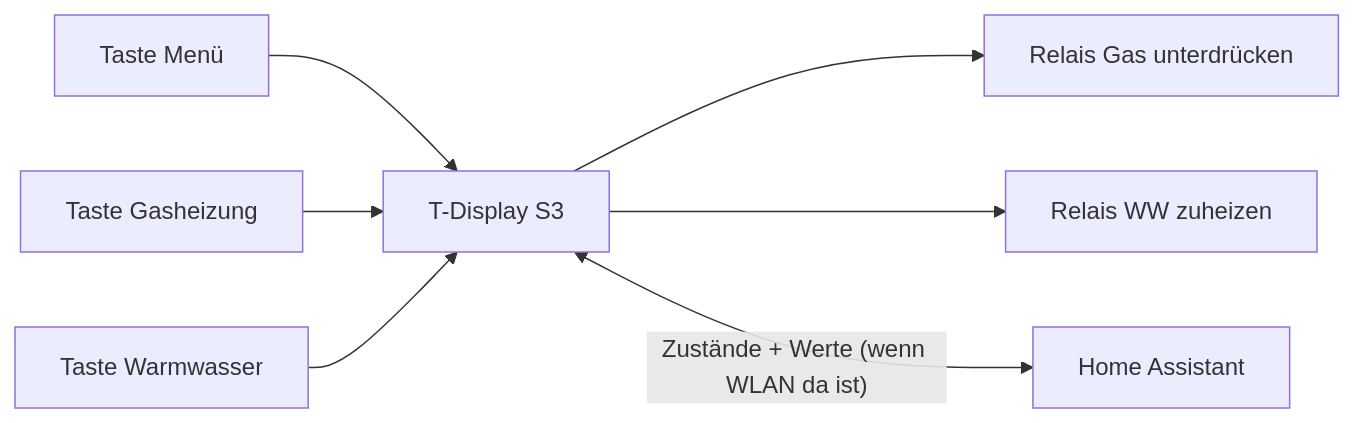
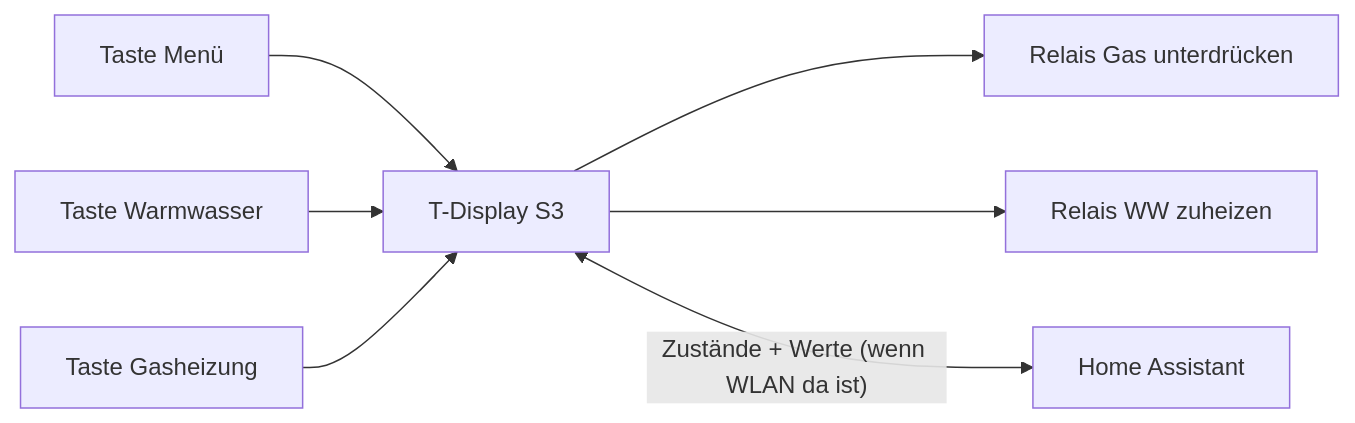
Before and after one commit to ossilampe/ESP-Home-Projekte: the diagram in Display Buderus/README.md, drawn with Mermaid. The commit also changed other lines of this file and 5 other files, not shown here.

````diff
--- a/Display Buderus/README.md
+++ b/Display Buderus/README.md
@@ -36,9 +38,9 @@
 ```mermaid
 flowchart LR
     T1["Taste Menü"] --> ESP["T-Display S3"]
-    T2["Taste Gasheizung"] --> ESP
-    T3["Taste Warmwasser"] --> ESP
+    T2["Taste Warmwasser"] --> ESP
+    T3["Taste Gasheizung"] --> ESP
     ESP --> R1["Relais Gas unterdrücken"]
     ESP --> R2["Relais WW zuheizen"]
     ESP <-->|"Zustände + Werte (wenn WLAN da ist)"| HA["Home Assistant"]
 ```
````
